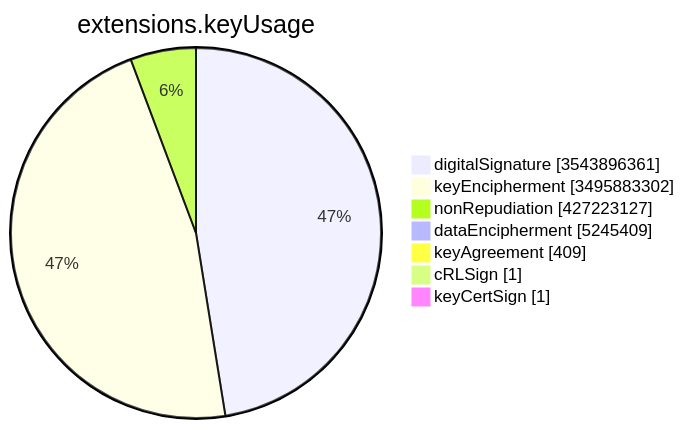
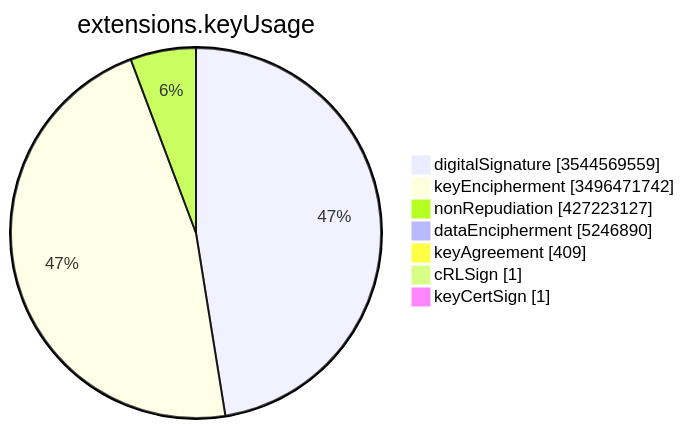
The sixth of 15 diagrams in TOTAL/README.md (christiankrug/ctmonitor_visualization), drawn with Mermaid before and after one commit. The commit also changed other lines of this file, not shown here.

````diff
--- a/TOTAL/README.md
+++ b/TOTAL/README.md
@@ -3083,11 +3083,11 @@
 ```mermaid
 pie showData
 title extensions.keyUsage
-"digitalSignature" :3543896361
-"keyEncipherment" :3495883302
+"digitalSignature" :3544569559
+"keyEncipherment" :3496471742
 "nonRepudiation" :427223127
-"dataEncipherment" :5245409
+"dataEncipherment" :5246890
 "keyAgreement" :409
 "cRLSign" :1
 "keyCertSign" :1
 ```
````
